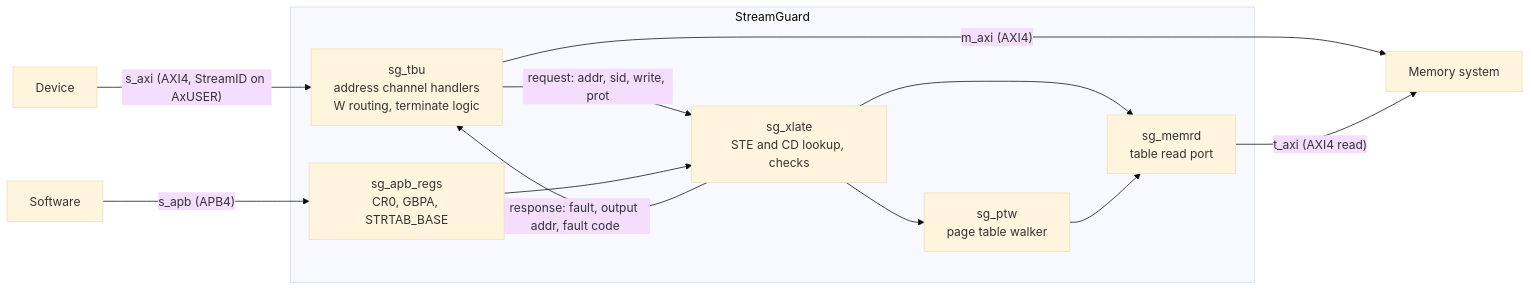
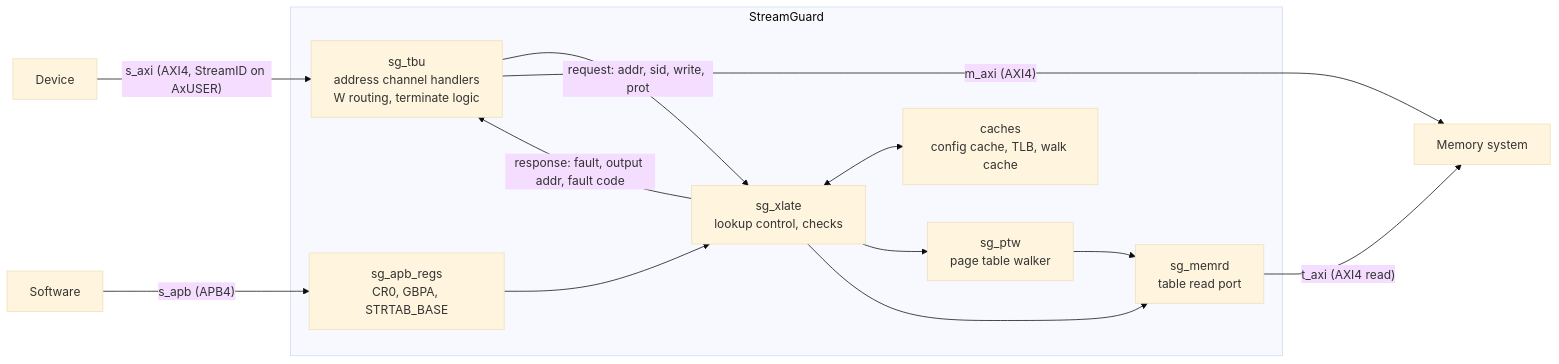
The first of 2 diagrams in docs/architecture.md (morom46/streamguard), drawn with Mermaid (base theme) before and after one commit. The commit also changed other lines of this file and 2 other files, not shown here.

````diff
--- a/docs/architecture.md
+++ b/docs/architecture.md
@@ -19,20 +19,22 @@
 ```mermaid
 flowchart LR
     DEV[Device] -- "s_axi (AXI4, StreamID on AxUSER)" --> TBU
     subgraph StreamGuard
         TBU["sg_tbu<br/>address channel handlers<br/>W routing, terminate logic"]
-        XL["sg_xlate<br/>STE and CD lookup, checks"]
+        XL["sg_xlate<br/>lookup control, checks"]
+        C["caches<br/>config cache, TLB, walk cache"]
         PTW["sg_ptw<br/>page table walker"]
         MR["sg_memrd<br/>table read port"]
         REGS["sg_apb_regs<br/>CR0, GBPA, STRTAB_BASE"]
         TBU -- "request: addr, sid, write, prot" --> XL
         XL -- "response: fault, output addr, fault code" --> TBU
+        XL <--> C
         XL --> PTW
         XL --> MR
         PTW --> MR
         REGS --> XL
     end
     TBU -- "m_axi (AXI4)" --> MEM[Memory system]
     MR -- "t_axi (AXI4 read)" --> MEM
     SW[Software] -- "s_apb (APB4)" --> REGS
 ```
````
